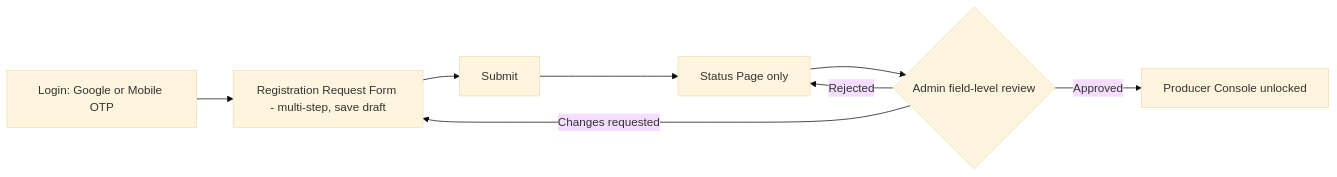
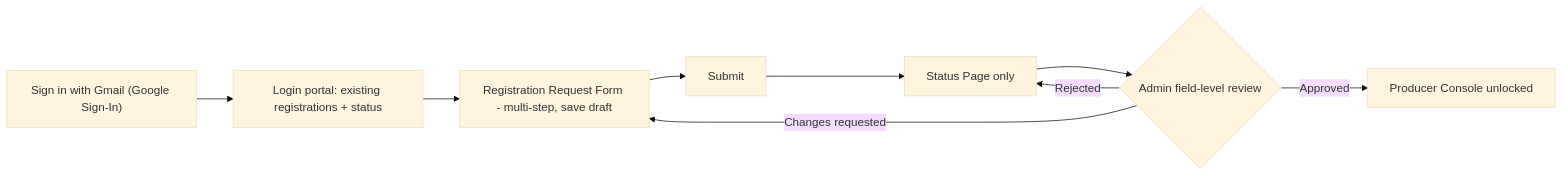
Before and after one commit to DevnetraConsultancy/annasutra: the third of 7 diagrams in docs/Core/annasutra_entity_console_architecture.md, drawn with Mermaid (base theme). The commit also changed other lines of this file and 58 other files, not shown here.

Commit message:
docs: Gmail identity, single admin, multi-registration portal, child batch QR, Web+APK printing, E2E flow (Decisions 29-35); retire all other docs

````diff
--- a/docs/Core/annasutra_entity_console_architecture.md
+++ b/docs/Core/annasutra_entity_console_architecture.md
@@ -167,10 +248,11 @@
 ```mermaid
 flowchart LR
-  L["Login: Google or Mobile OTP"] --> RF["Registration Request Form - multi-step, save draft"]
+  L["Sign in with Gmail (Google Sign-In)"] --> LP["Login portal: existing registrations + status"]
+  LP --> RF["Registration Request Form - multi-step, save draft"]
   RF --> SUB["Submit"]
   SUB --> ST["Status Page only"]
   ST --> REV{"Admin field-level review"}
   REV -->|"Changes requested"| RF
   REV -->|"Rejected"| ST
   REV -->|"Approved"| CON["Producer Console unlocked"]
 ```
````
